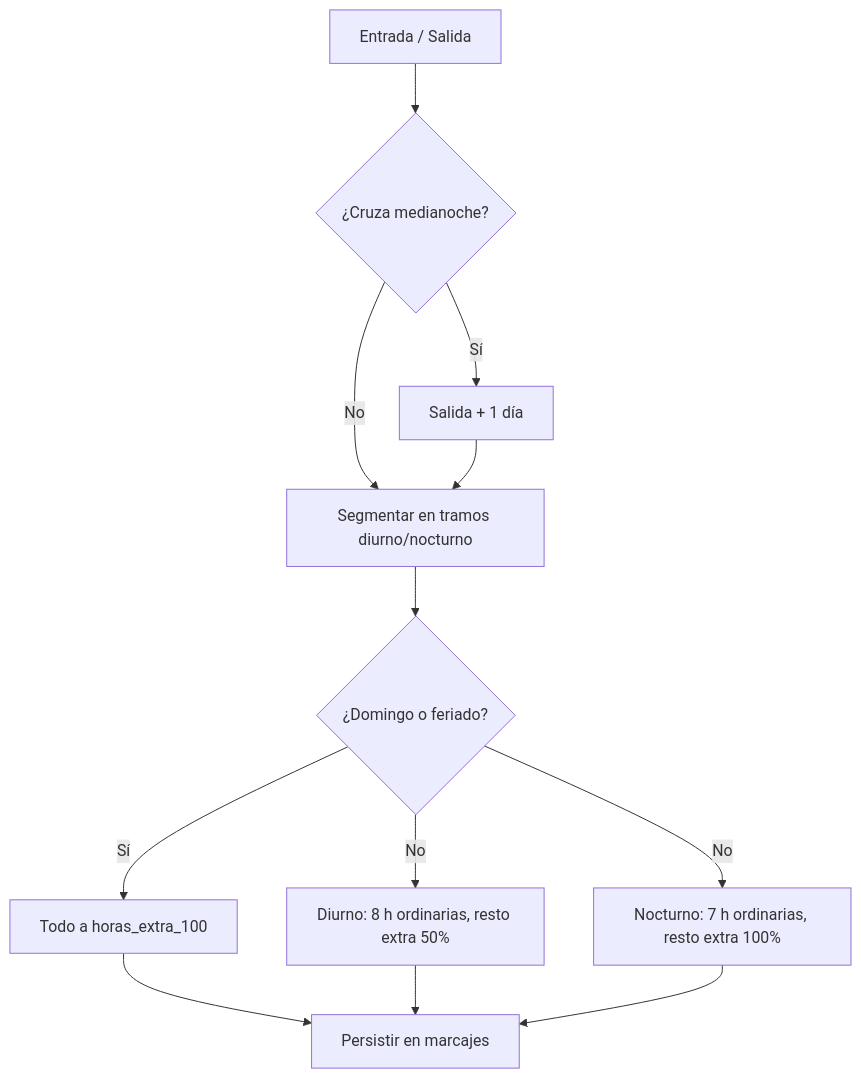
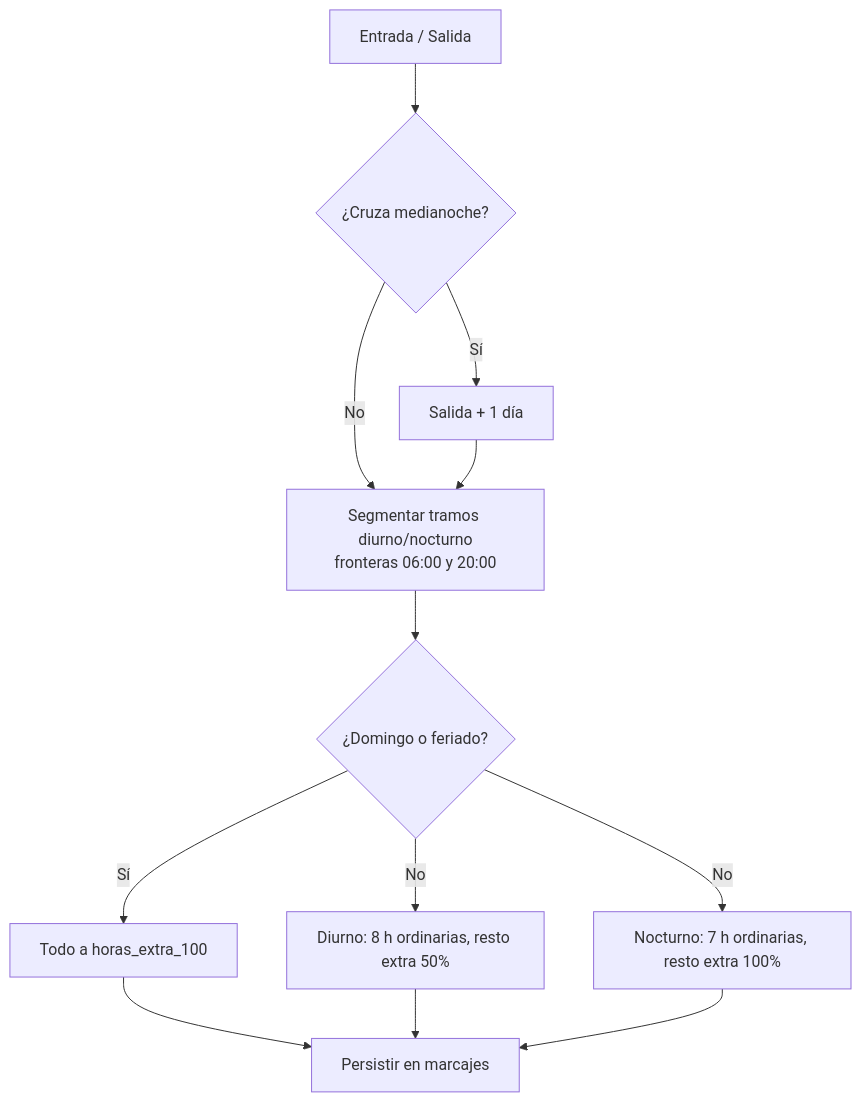
One commit to nandres/sistema-marcacion-empresarial changed the diagram in Sistema de Marcacion/Motor de Reglas de Horas Extra.md. Above: the diagram before and after it, drawn with Mermaid. The commit also changed other lines of this file, not shown here.

````diff
--- a/Sistema de Marcacion/Motor de Reglas de Horas Extra.md
+++ b/Sistema de Marcacion/Motor de Reglas de Horas Extra.md
@@ -20,14 +16,14 @@
 ```mermaid
 flowchart TD
     A[Entrada / Salida] --> B{¿Cruza medianoche?}
     B -->|Sí| C[Salida + 1 día]
     B -->|No| D
-    C --> D[Segmentar en tramos diurno/nocturno]
+    C --> D[Segmentar tramos diurno/nocturno<br/>fronteras 06:00 y 20:00]
     D --> E{¿Domingo o feriado?}
     E -->|Sí| F[Todo a horas_extra_100]
     E -->|No| G[Diurno: 8 h ordinarias, resto extra 50%]
     E -->|No| H[Nocturno: 7 h ordinarias, resto extra 100%]
     F --> I[Persistir en marcajes]
     G --> I
     H --> I
 ```
````
